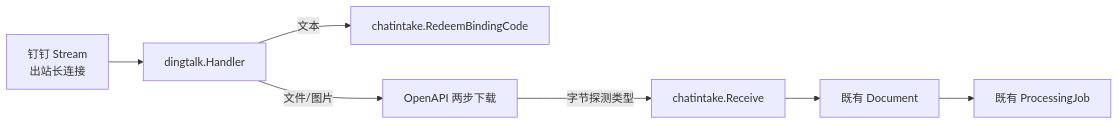
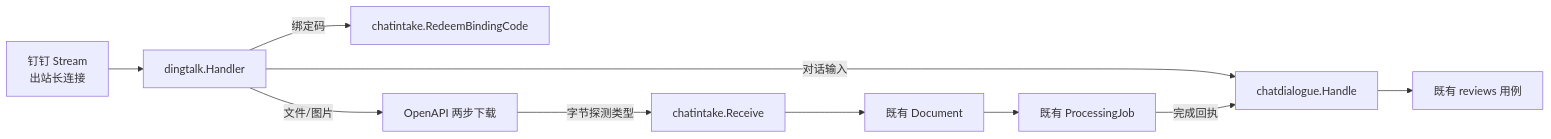
The fifth of 7 diagrams in docs/architecture.md (tuoro/Smart-bill-manager), drawn with Mermaid before and after one commit. The commit also changed other lines of this file and 6 other files, not shown here.

````diff
--- a/docs/architecture.md
+++ b/docs/architecture.md
@@ -199,10 +199,13 @@
 ```mermaid
 flowchart LR
     DingTalk[钉钉 Stream
 出站长连接] --> Handler[dingtalk.Handler]
-    Handler -->|文本| Redeem[chatintake.RedeemBindingCode]
+    Handler -->|绑定码| Redeem[chatintake.RedeemBindingCode]
     Handler -->|文件/图片| Download[OpenAPI 两步下载]
+    Handler -->|对话输入| Dialogue[chatdialogue.Handle]
     Download -->|字节探测类型| Receive[chatintake.Receive]
     Receive --> Document[既有 Document]
     Document --> Job[既有 ProcessingJob]
+    Job -->|完成回执| Dialogue
+    Dialogue --> Reviews[既有 reviews 用例]
 ```
````
